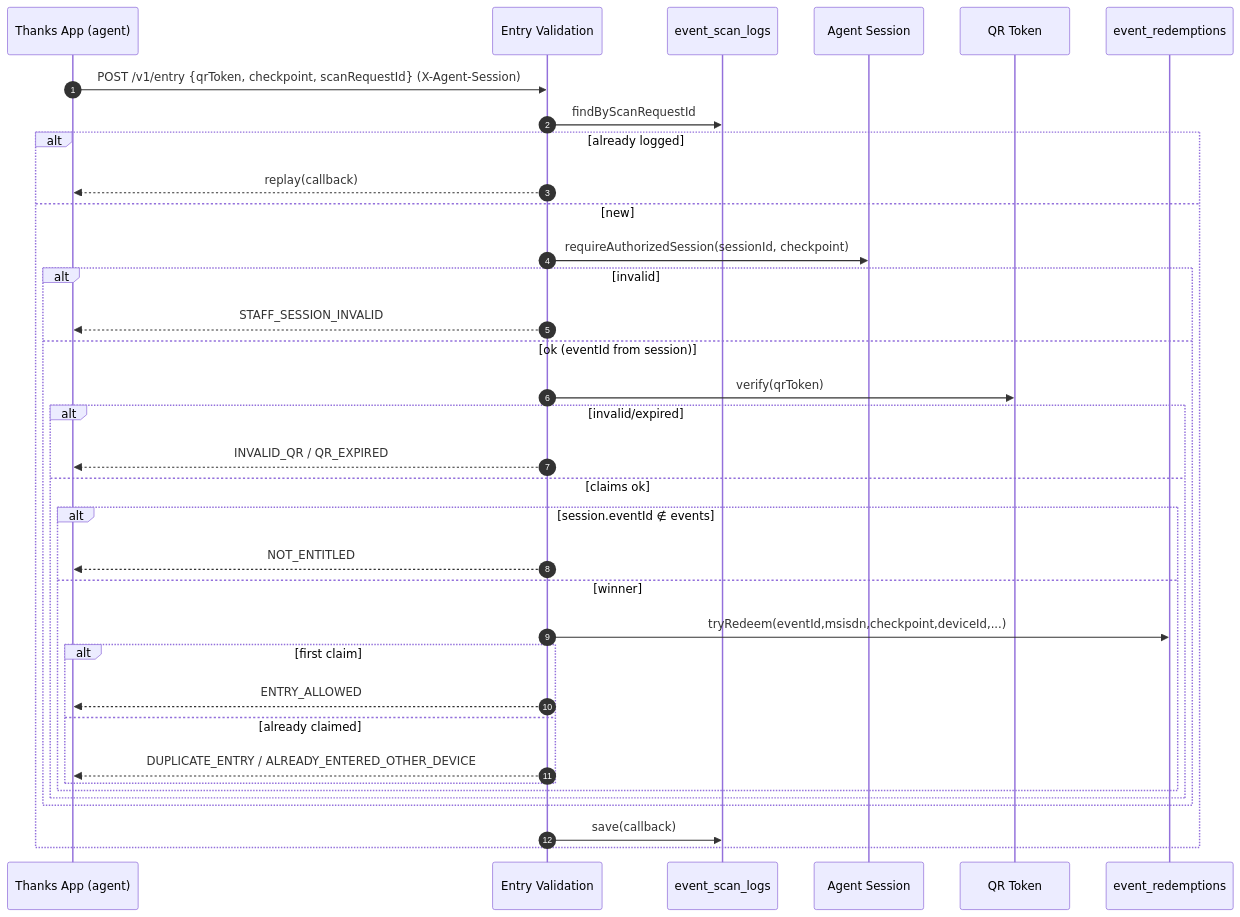
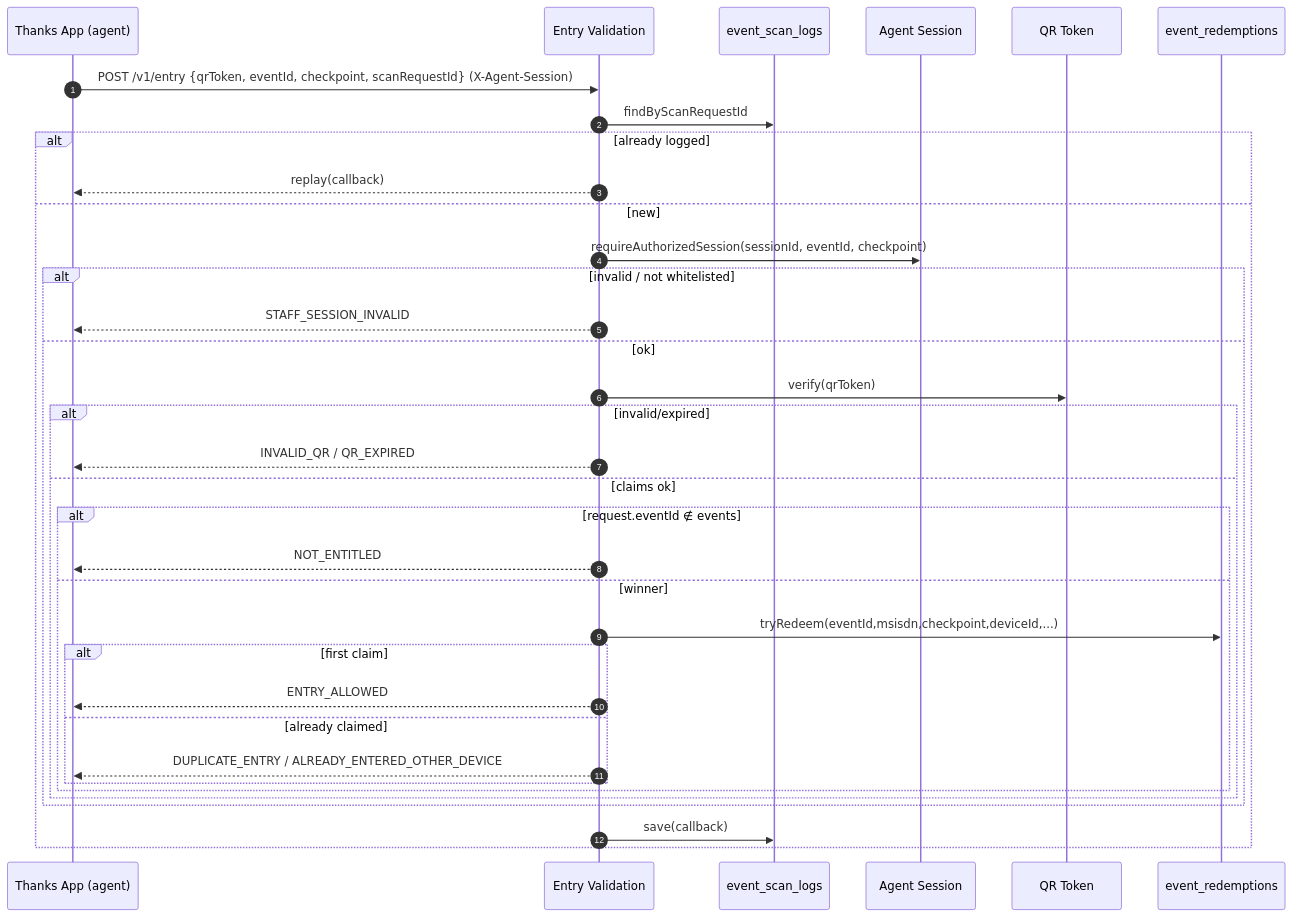
Before and after one commit to Amitpawar503/lazzy: the fourth of 6 diagrams in docs/digital-membership/LLD-EventPass.md, drawn with Mermaid. The commit also changed other lines of this file and 7 other files, not shown here.

First line of the commit message:
refactor(eventpass): agent validation is a single API (validate opens the session)

````diff
--- a/docs/digital-membership/LLD-EventPass.md
+++ b/docs/digital-membership/LLD-EventPass.md
@@ -270,37 +270,37 @@
 ```mermaid
 sequenceDiagram
   autonumber
   participant App as Thanks App (agent)
   participant EVS as Entry Validation
   participant Lg as event_scan_logs
   participant Ag as Agent Session
   participant Tk as QR Token
   participant Rd as event_redemptions
-  App->>EVS: POST /v1/entry {qrToken, checkpoint, scanRequestId} (X-Agent-Session)
+  App->>EVS: POST /v1/entry {qrToken, eventId, checkpoint, scanRequestId} (X-Agent-Session)
   EVS->>Lg: findByScanRequestId
   alt already logged
     EVS-->>App: replay(callback)
   else new
-    EVS->>Ag: requireAuthorizedSession(sessionId, checkpoint)
-    alt invalid
+    EVS->>Ag: requireAuthorizedSession(sessionId, eventId, checkpoint)
+    alt invalid / not whitelisted
       EVS-->>App: STAFF_SESSION_INVALID
-    else ok (eventId from session)
+    else ok
       EVS->>Tk: verify(qrToken)
       alt invalid/expired
         EVS-->>App: INVALID_QR / QR_EXPIRED
       else claims ok
-        alt session.eventId ∉ events
+        alt request.eventId ∉ events
           EVS-->>App: NOT_ENTITLED
         else winner
           EVS->>Rd: tryRedeem(eventId,msisdn,checkpoint,deviceId,...)
           alt first claim
             EVS-->>App: ENTRY_ALLOWED
           else already claimed
             EVS-->>App: DUPLICATE_ENTRY / ALREADY_ENTERED_OTHER_DEVICE
           end
         end
       end
     end
     EVS->>Lg: save(callback)
   end
 ```
````
